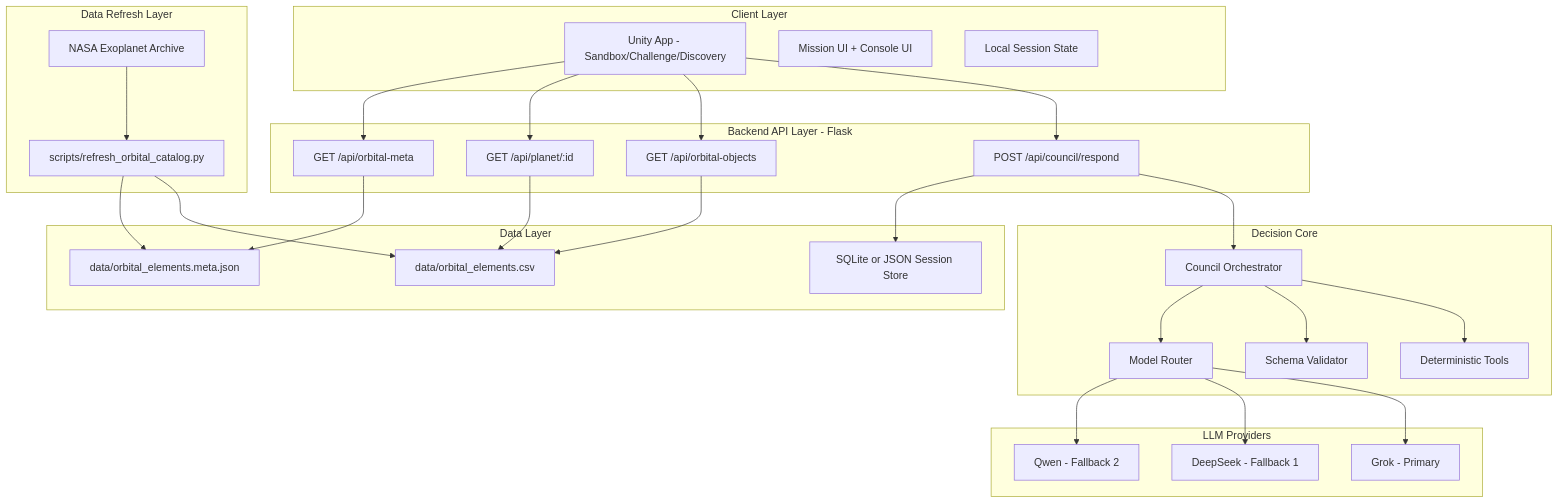
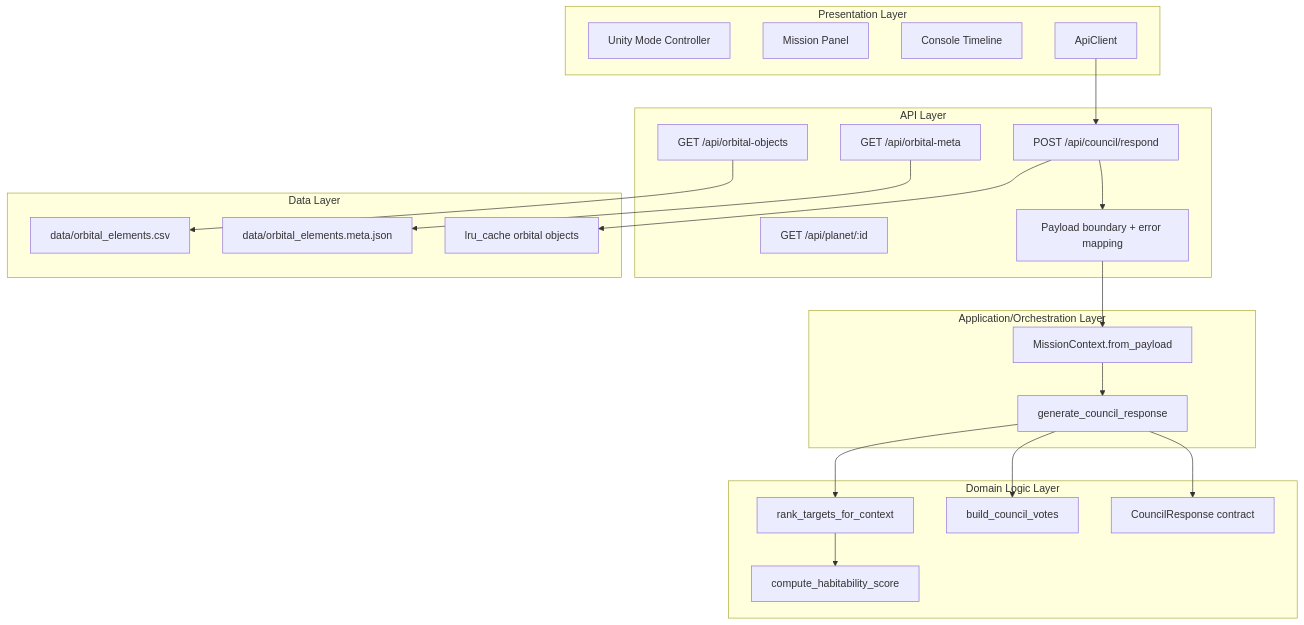
Before and after one commit to Procoderdata/hackathonvodich: the second of 3 diagrams in triet.md/TECH_FEASIBILITY_ARCHITECTURE.md, drawn with Mermaid. The commit also changed other lines of this file and 3 other files, not shown here.

Commit message:
Rewrite pipeline and architecture specs with real contracts and flows

````diff
--- a/triet.md/TECH_FEASIBILITY_ARCHITECTURE.md
+++ b/triet.md/TECH_FEASIBILITY_ARCHITECTURE.md
@@ -9,62 +42,45 @@
 ```mermaid
 flowchart TB
-    subgraph CLIENT[Client Layer]
-      U1[Unity App - Sandbox/Challenge/Discovery]
-      U2[Mission UI + Console UI]
-      U3[Local Session State]
+    subgraph PRESENTATION[Presentation Layer]
+      P1[Unity Mode Controller]
+      P2[Mission Panel]
+      P3[Console Timeline]
+      P4[ApiClient]
     end
 
-    subgraph API[Backend API Layer - Flask]
-      A1[POST /api/council/respond]
-      A2[GET /api/orbital-objects]
+    subgraph API_LAYER[API Layer]
+      A1[GET /api/orbital-objects]
+      A2[GET /api/orbital-meta]
       A3[GET /api/planet/:id]
-      A4[GET /api/orbital-meta]
+      A4[POST /api/council/respond]
+      A5[Payload boundary + error mapping]
     end
 
-    subgraph CORE[Decision Core]
-      C1[Council Orchestrator]
-      C2[Deterministic Tools]
-      C3[Schema Validator]
-      C4[Model Router]
+    subgraph APP_LAYER[Application/Orchestration Layer]
+      O1[MissionContext.from_payload]
+      O2[generate_council_response]
     end
 
-    subgraph MODEL[LLM Providers]
-      M1[Grok - Primary]
-      M2[DeepSeek - Fallback 1]
-      M3[Qwen - Fallback 2]
+    subgraph DOMAIN[Domain Logic Layer]
+      D1[rank_targets_for_context]
+      D2[compute_habitability_score]
+      D3[build_council_votes]
+      D4[CouncilResponse contract]
     end
 
-    subgraph DATA[Data Layer]
-      D1[data/orbital_elements.csv]
-      D2[data/orbital_elements.meta.json]
-      D3[SQLite or JSON Session Store]
+    subgraph DATA_LAYER[Data Layer]
+      DS1[data/orbital_elements.csv]
+      DS2[data/orbital_elements.meta.json]
+      DS3[lru_cache orbital objects]
     end
 
-    subgraph ETL[Data Refresh Layer]
-      E1[scripts/refresh_orbital_catalog.py]
-      E2[NASA Exoplanet Archive]
-    end
-
-    U1 --> A1
-    U1 --> A2
-    U1 --> A3
-    U1 --> A4
-
-    A1 --> C1
-    C1 --> C2
-    C1 --> C3
-    C1 --> C4
-
-    C4 --> M1
-    C4 --> M2
-    C4 --> M3
-
-    A2 --> D1
-    A3 --> D1
-    A4 --> D2
-    A1 --> D3
-
-    E2 --> E1
-    E1 --> D1
-    E1 --> D2
+    P4 --> A4
+    A4 --> A5 --> O1 --> O2
+    O2 --> D1
+    O2 --> D3
+    D1 --> D2
+    O2 --> D4
+    A1 --> DS1
+    A2 --> DS2
+    A4 --> DS3
 ```
````
